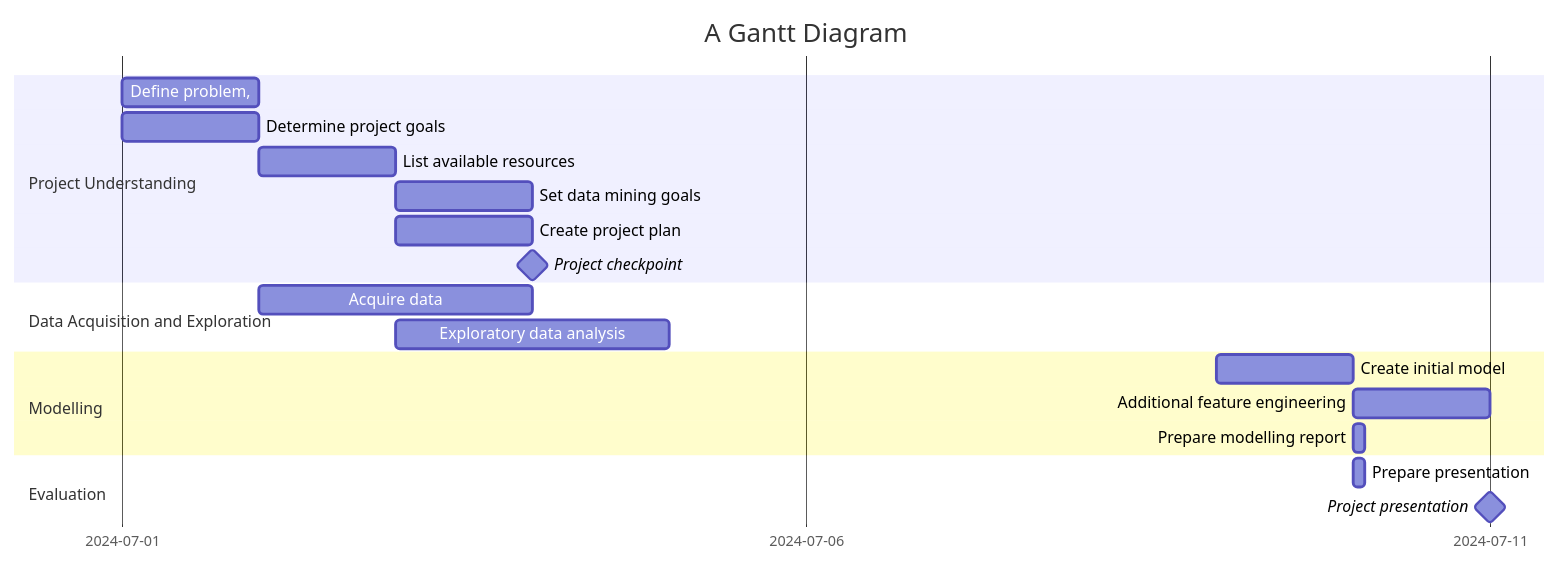
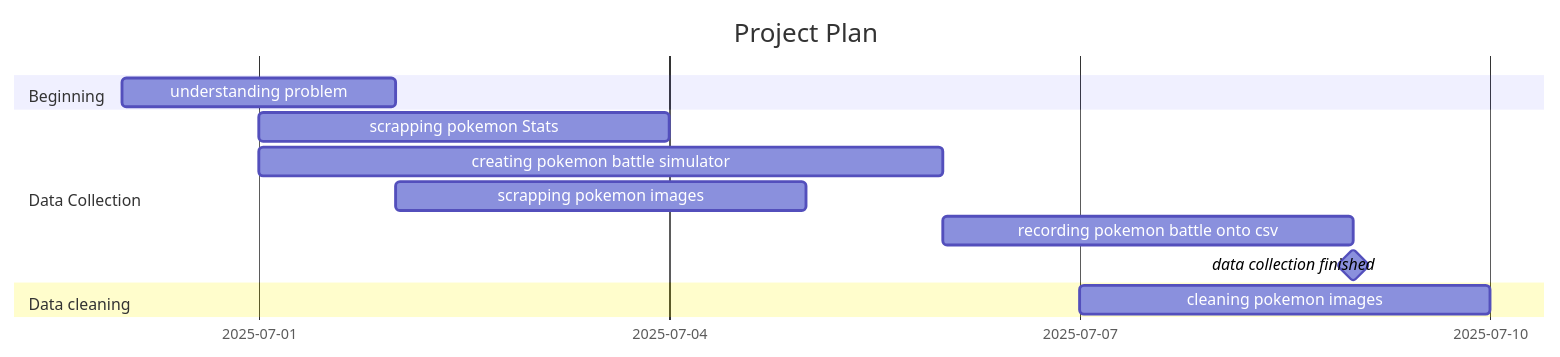
One commit to daai25/PokemonGOBattleAssistant changed the diagram in docs/project_charta.qmd. Above: the diagram before and after it, drawn with Mermaid. The commit also changed other lines of this file, not shown here.

Commit message:
project_charta.qmd updated

````diff
--- a/docs/project_charta.qmd
+++ b/docs/project_charta.qmd
@@ -38,24 +60,18 @@
 ```mermaid
 gantt
-    title A Gantt Diagram
-    dateFormat YYYY-MM-DD
-    tickInterval 5day
-    section Project Understanding
-        Define problem,     :a1, 2024-07-01, 1d
-        Determine project goals     :a2, 2024-07-01, 1d
-        List available resources     :a3, 2024-07-02, 1d
-        Set data mining goals    :a4, 2024-07-03, 1d
-        Create project plan    :a5, 2024-07-03, 1d
-        Project checkpoint: milestone, m1, 2024-07-04, 4m
-    section Data Acquisition and Exploration
-        Acquire data :a6, 2024-07-02, 2d
-        Exploratory data analysis   :a7, 2024-07-03, 2d
-        
-    section Modelling
-        Create initial model   :a8, 2024-07-09, 1d
-        Additional feature engineering :a9, 2024-07-10, 1d
-        Prepare modelling report :a10, 2024-07-10, 2h
-    section Evaluation
-        Prepare presentation :a10, 2024-07-10, 2h
-        Project presentation : milestone, m2, 2024-07-11, 4m
+    title Project Plan
+    dateFormat  YYYY-MM-DD
+    tickInterval 3day
+    section Beginning
+    understanding problem :a1, 2025-06-30, 2d
+    section Data Collection
+    scrapping pokemon Stats :a2, 2025-07-01, 3d
+    creating pokemon battle simulator :a3, 2025-07-01, 5d
+    scrapping pokemon images :a6, 2025-07-02, 3d
+    recording pokemon battle onto csv :a4, 2025-07-06, 3d
+    data collection finished :milestone, 2025-07-09
+
+    section Data cleaning
+    cleaning pokemon images :a5, 2025-07-07, 3d
+
 ```
````
